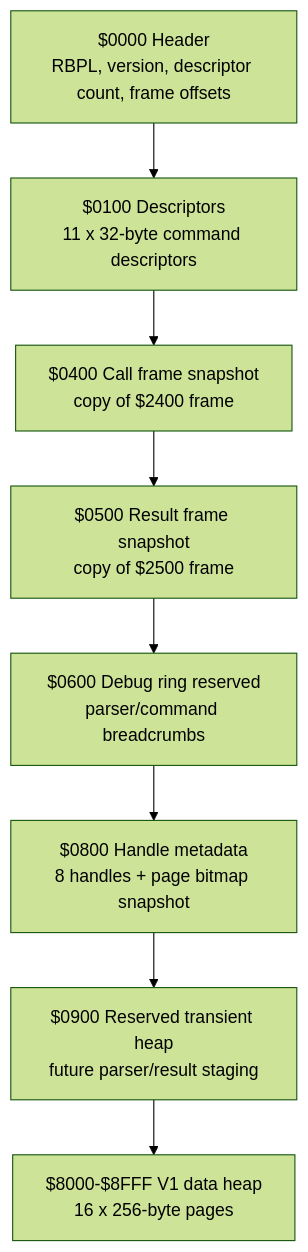
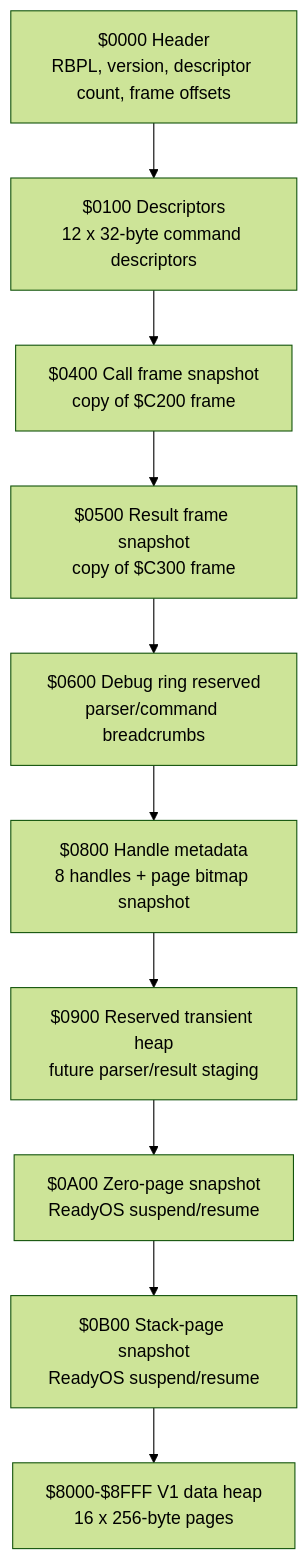
Before and after one commit to 123Onetwothree123/6502: the second of 8 diagrams in src/apps/readybasic/READYBASIC_LIFECYCLE_AND_REU_ARCHITECTURE.md, drawn with Mermaid (forest theme). The commit also changed other lines of this file and 9 other files, not shown here.

````diff
--- a/src/apps/readybasic/READYBASIC_LIFECYCLE_AND_REU_ARCHITECTURE.md
+++ b/src/apps/readybasic/READYBASIC_LIFECYCLE_AND_REU_ARCHITECTURE.md
@@ -152,13 +152,15 @@
 ```mermaid
 flowchart TB
   H["$0000 Header<br/>RBPL, version, descriptor count, frame offsets"]
-  D["$0100 Descriptors<br/>11 x 32-byte command descriptors"]
-  C["$0400 Call frame snapshot<br/>copy of $2400 frame"]
-  R["$0500 Result frame snapshot<br/>copy of $2500 frame"]
+  D["$0100 Descriptors<br/>12 x 32-byte command descriptors"]
+  C["$0400 Call frame snapshot<br/>copy of $C200 frame"]
+  R["$0500 Result frame snapshot<br/>copy of $C300 frame"]
   DBG["$0600 Debug ring reserved<br/>parser/command breadcrumbs"]
   HM["$0800 Handle metadata<br/>8 handles + page bitmap snapshot"]
   HP["$0900 Reserved transient heap<br/>future parser/result staging"]
+  ZP["$0A00 Zero-page snapshot<br/>ReadyOS suspend/resume"]
+  ST["$0B00 Stack-page snapshot<br/>ReadyOS suspend/resume"]
   DATA["$8000-$8FFF V1 data heap<br/>16 x 256-byte pages"]
 
-  H --> D --> C --> R --> DBG --> HM --> HP --> DATA
+  H --> D --> C --> R --> DBG --> HM --> HP --> ZP --> ST --> DATA
 ```
````
